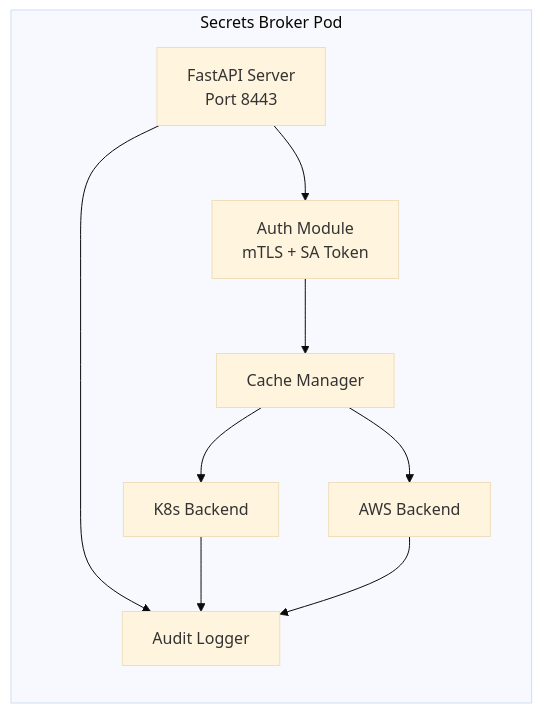
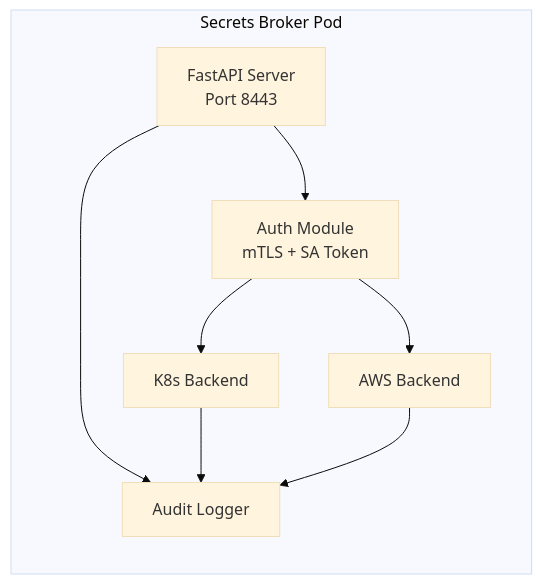
One commit to caretak3r/secrets-router changed the ninth of 9 diagrams in ADR.md. Above: the diagram before and after it, drawn with Mermaid (base theme). The commit also changed other lines of this file, not shown here.

````diff
--- a/ADR.md
+++ b/ADR.md
@@ -586,19 +571,17 @@
 ```mermaid
 graph LR
     subgraph "Secrets Broker Pod"
         API[FastAPI Server<br/>Port 8443]
         AUTH[Auth Module<br/>mTLS + SA Token]
         K8S_BACKEND[K8s Backend]
         AWS_BACKEND[AWS Backend]
-        CACHE[Cache Manager]
         AUDIT[Audit Logger]
     end
     
     API --> AUTH
-    AUTH --> CACHE
-    CACHE --> K8S_BACKEND
-    CACHE --> AWS_BACKEND
+    AUTH --> K8S_BACKEND
+    AUTH --> AWS_BACKEND
     API --> AUDIT
     K8S_BACKEND --> AUDIT
     AWS_BACKEND --> AUDIT
 ```
````
